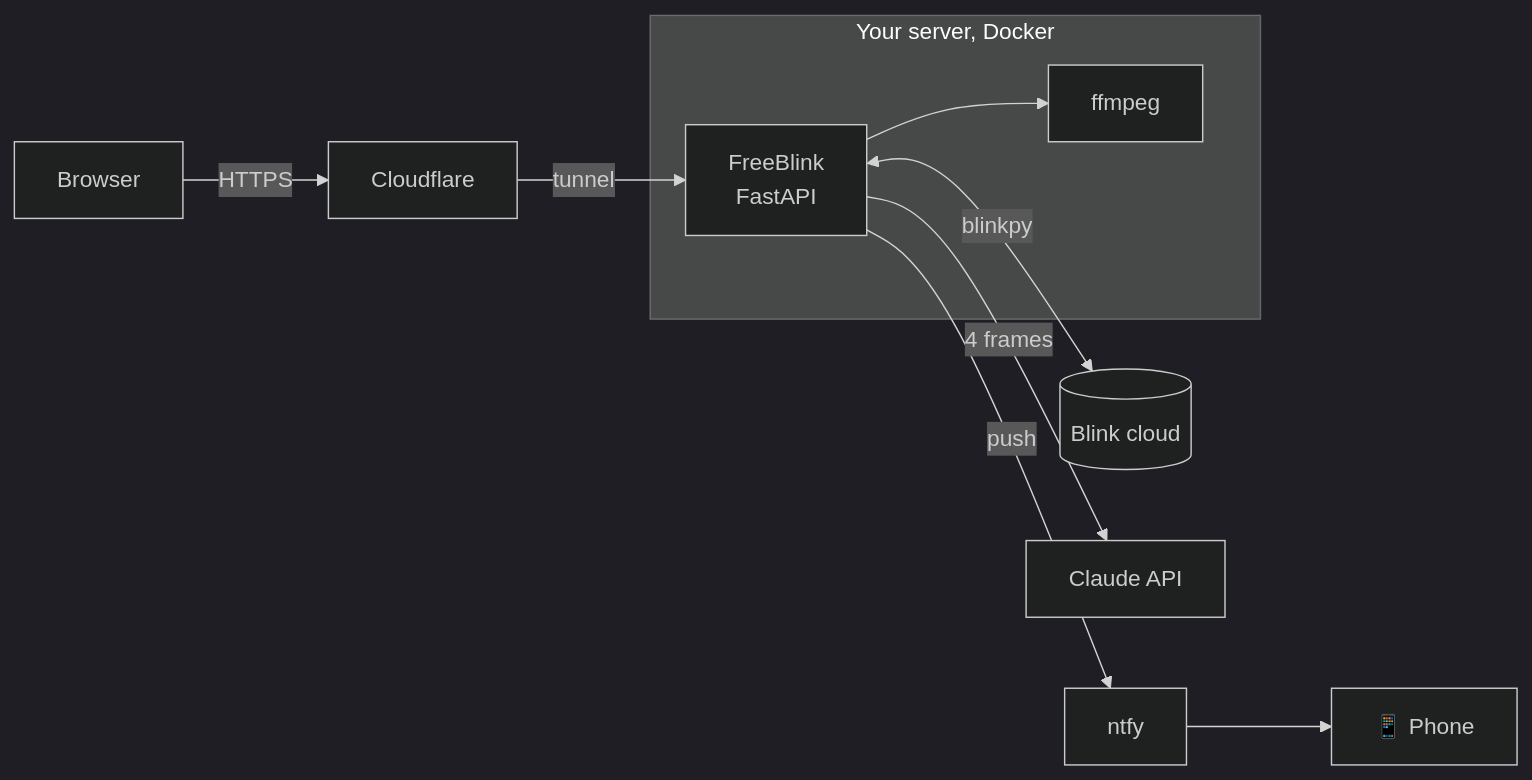
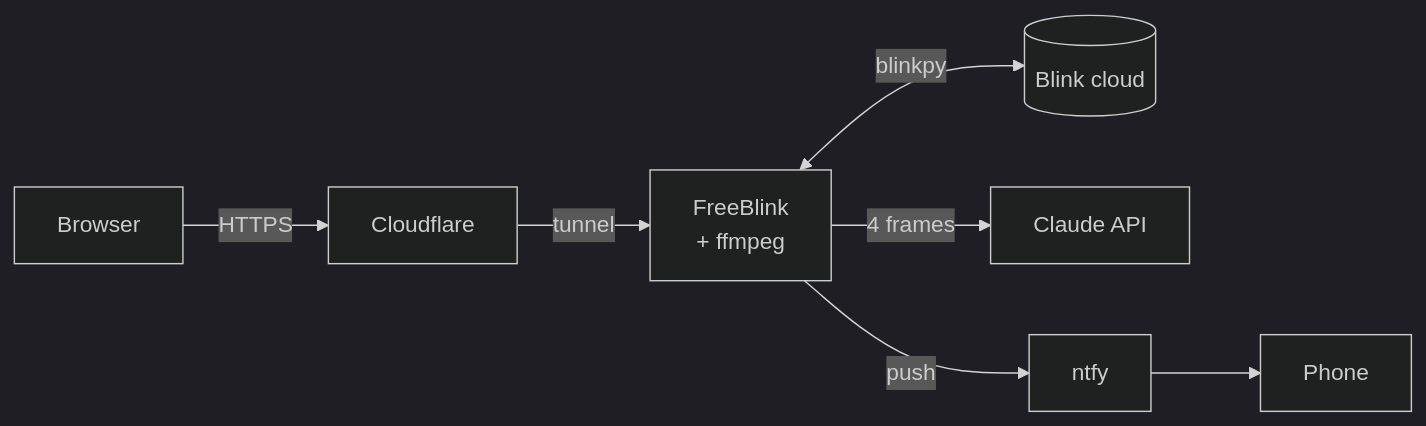
One commit to AndrewKuktenko/FreeBlink changed the first of 2 diagrams in README.md. Above: the diagram before and after it, drawn with Mermaid (dark theme). The commit also changed other lines of this file and 2 other files, not shown here.

Commit message:
README: simpler features list and diagram

````diff
--- a/README.md
+++ b/README.md
@@ -50,11 +48,7 @@
 ```mermaid
 flowchart LR
-  B[Browser] -- HTTPS --> CF[Cloudflare]
-  CF -- tunnel --> APP
-  subgraph Server [Your server, Docker]
-    APP[FreeBlink<br/>FastAPI] --> FF[ffmpeg]
-  end
-  APP <-- blinkpy --> BL[(Blink cloud)]
-  APP -- 4 frames --> CL[Claude API]
-  APP -- push --> N[ntfy] --> P[📱 Phone]
+  W[Browser] -- HTTPS --> CF[Cloudflare] -- tunnel --> F[FreeBlink<br/>+ ffmpeg]
+  F <-- blinkpy --> B[(Blink cloud)]
+  F -- 4 frames --> C[Claude API]
+  F -- push --> N[ntfy] --> P[Phone]
 ```
````
